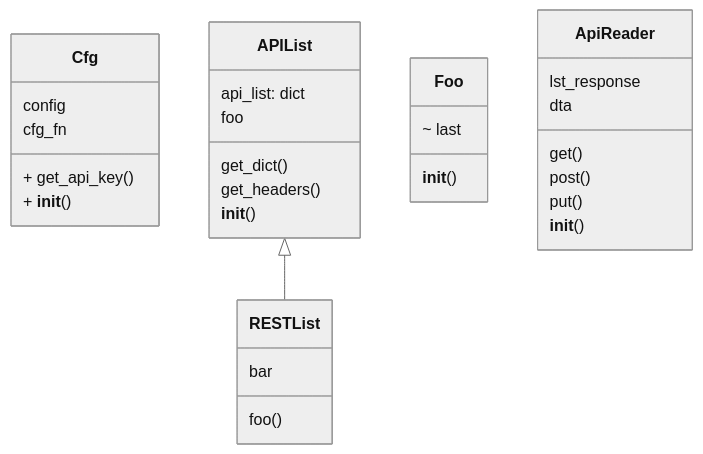
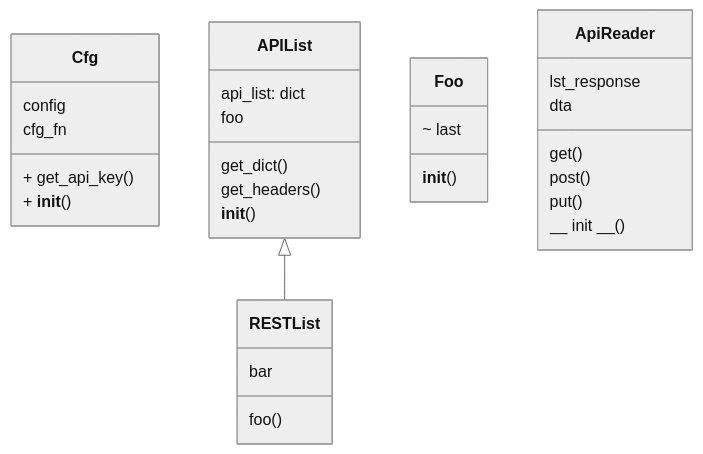
The first of 4 diagrams in doq/DAD.md (SchrodtSven/pyapi), drawn with Mermaid (neutral theme) before and after one commit.

Commit message:
Playing with diff. ways of UML diagram generation

````diff
--- a/doq/DAD.md
+++ b/doq/DAD.md
@@ -4,39 +4,39 @@
 ```mermaid
 classDiagram
 
 class Cfg {
       config
       cfg_fn
     + get_api_key()
       
     + __init__()
 }
 class APIList {
     api_list: dict
     foo
     get_dict()
     get_headers()
         __init__()
 }
 class Foo {
         ~ last
     __init__()
 }
 
 class ApiReader {
     get()
     post()
     put()
         lst_response
     dta
-    __init__()
+    __ init __()
 }
 
 class RESTList {
     foo()
         bar
 }   
 
 APIList <|-- RESTList
 
 ```
````
